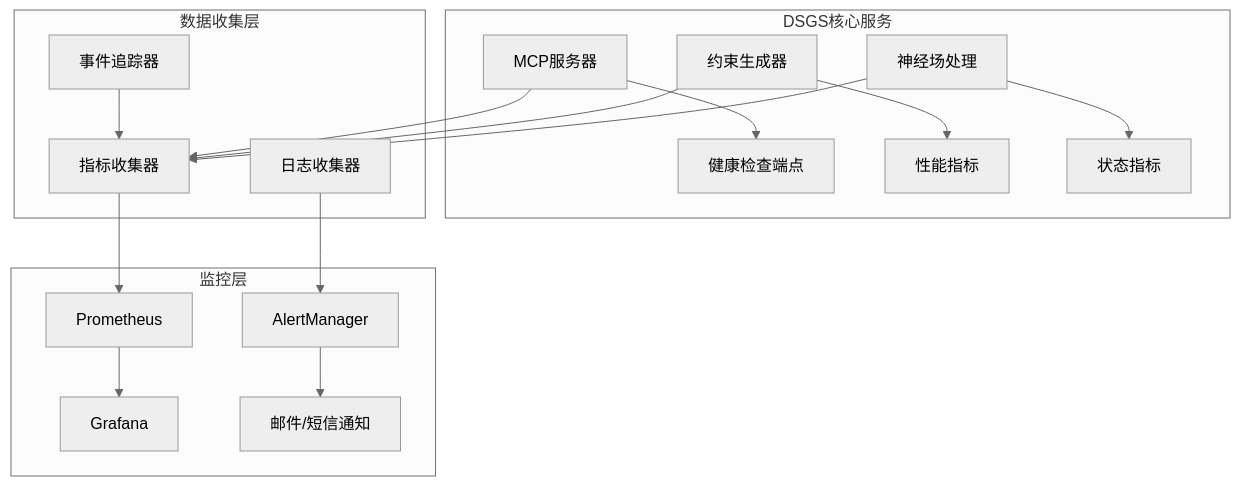
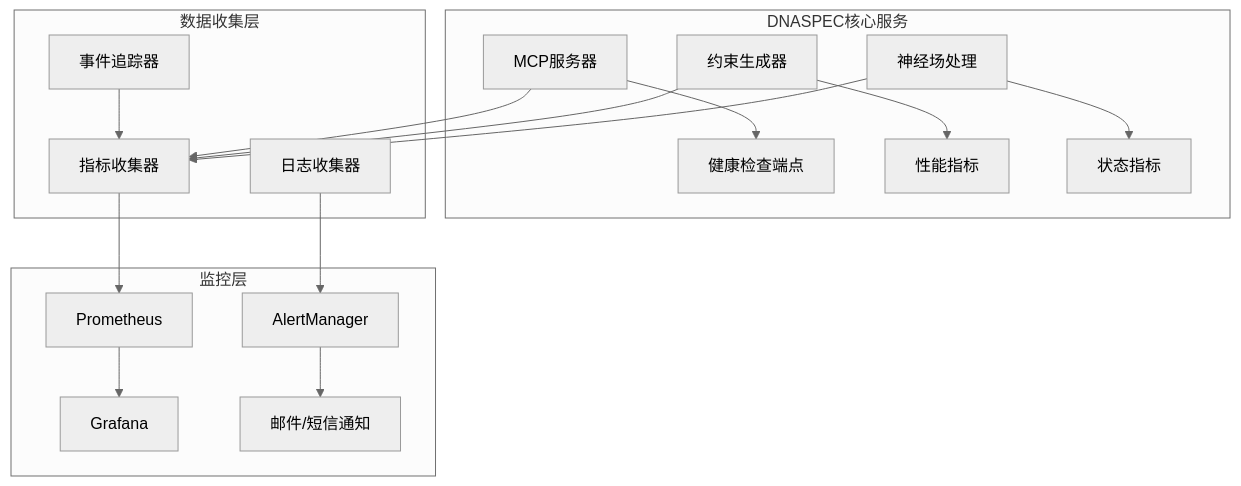
Before and after one commit to ptreezh/dnaSpec: the first of 2 diagrams in archive/dsgs/docs/specs/service-monitoring-contract-enhancement.md, drawn with Mermaid (neutral theme). The commit also changed other lines of this file and 549 other files, not shown here.

````diff
--- a/archive/dsgs/docs/specs/service-monitoring-contract-enhancement.md
+++ b/archive/dsgs/docs/specs/service-monitoring-contract-enhancement.md
@@ -46,23 +46,23 @@
 ```mermaid
 graph TB
     subgraph "监控层"
         A[Prometheus] --> B[Grafana]
         C[AlertManager] --> D[邮件/短信通知]
     end
     
-    subgraph "DSGS核心服务"
+    subgraph "DNASPEC核心服务"
         E[MCP服务器] --> F[健康检查端点]
         G[约束生成器] --> H[性能指标]
         I[神经场处理] --> J[状态指标]
     end
     
     subgraph "数据收集层"
         K[指标收集器] --> A
         L[日志收集器] --> C
         M[事件追踪器] --> K
     end
     
     E --> K
     G --> K
     I --> K
 ```
````
